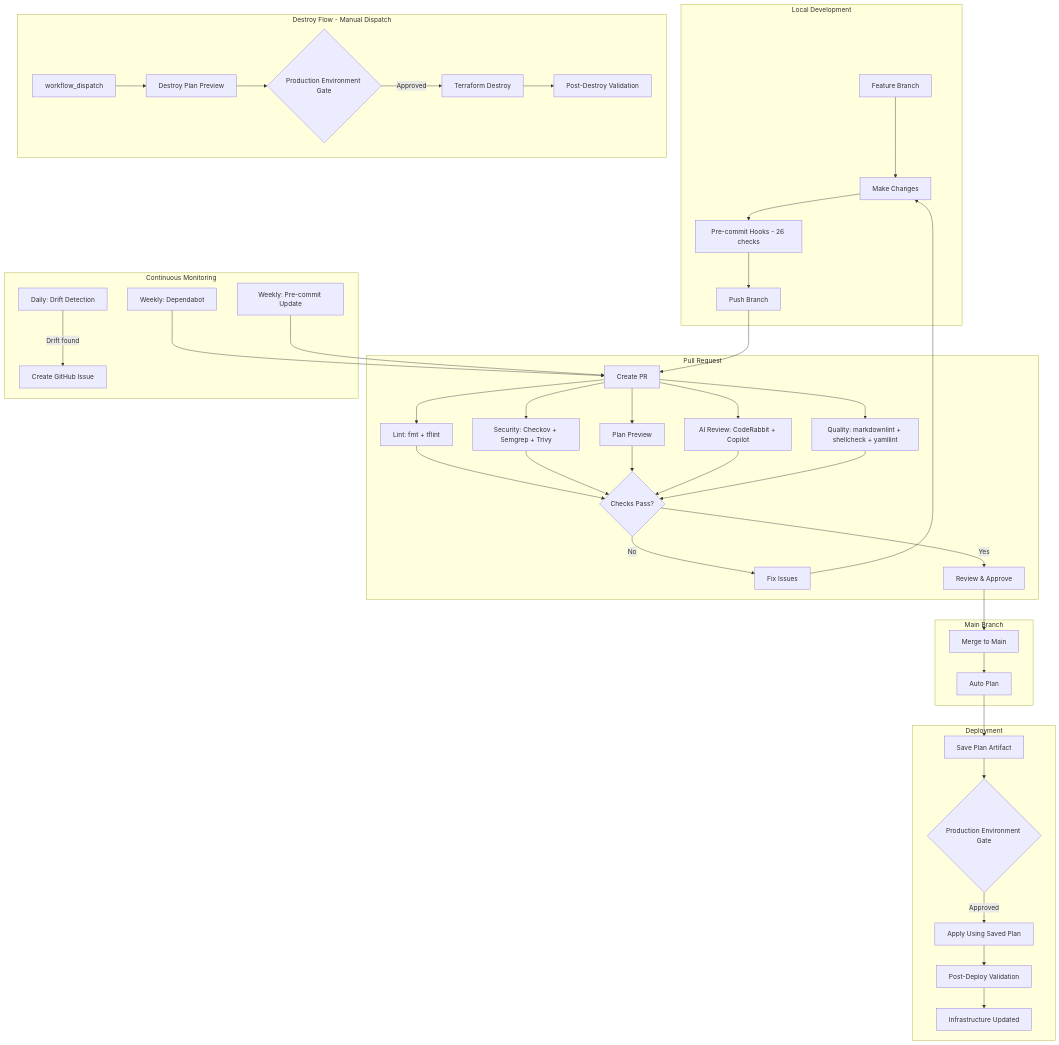
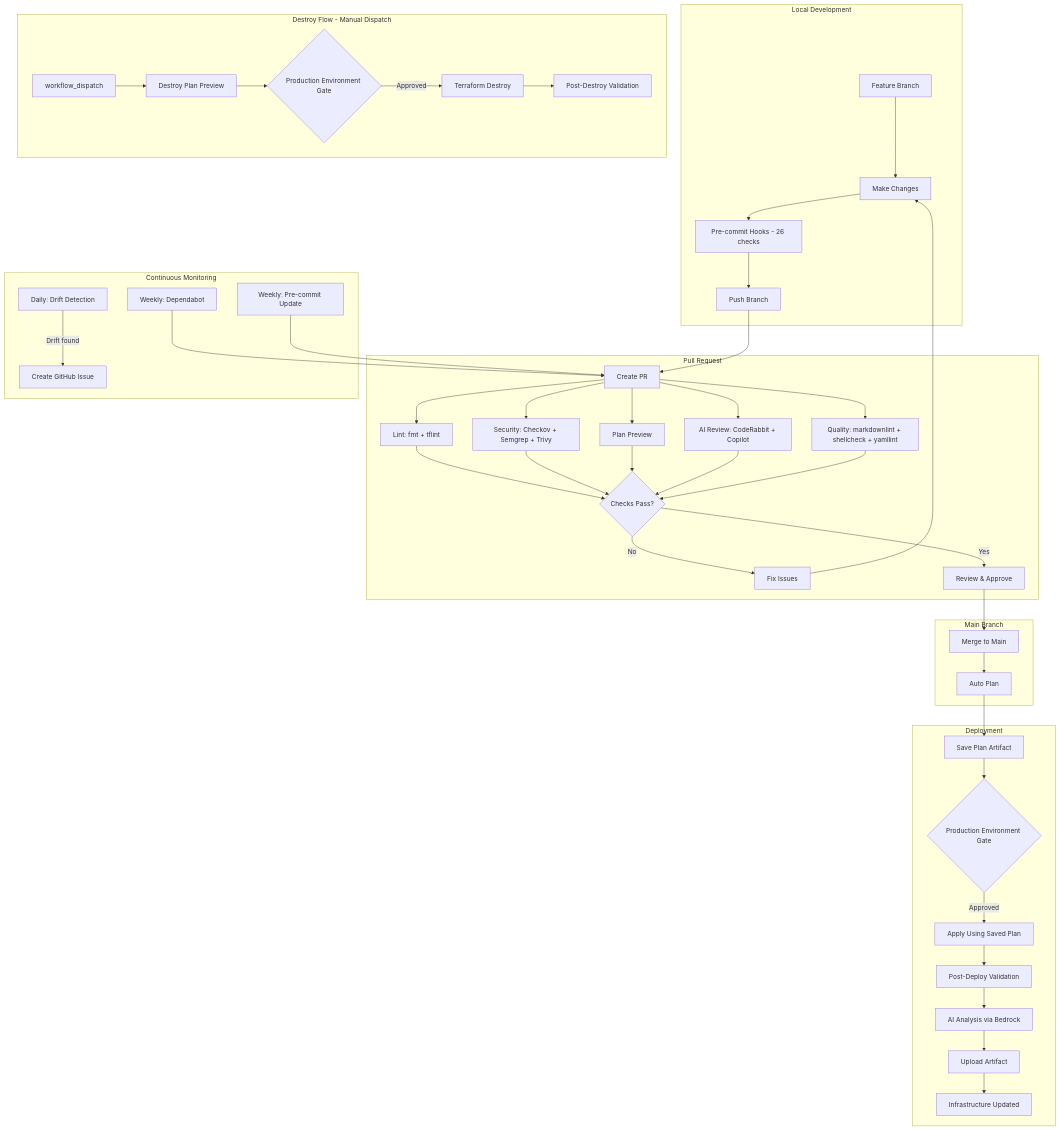
One commit to gamaware/aws-organization-governance changed the second of 6 diagrams in docs/architecture.md. Above: the diagram before and after it, drawn with Mermaid. The commit also changed other lines of this file and 1 other file, not shown here.

Commit message:
feat: convert ASCII diagrams to Mermaid and expand architecture docs (#37)

````diff
--- a/docs/architecture.md
+++ b/docs/architecture.md
@@ -138,47 +143,49 @@
 ```mermaid
 graph TB
     subgraph "Local Development"
         A[Feature Branch] --> B[Make Changes]
         B --> C[Pre-commit Hooks - 26 checks]
         C --> D[Push Branch]
     end
 
     subgraph "Pull Request"
         D --> E[Create PR]
         E --> F1[Lint: fmt + tflint]
         E --> F2[Security: Checkov + Semgrep + Trivy]
         E --> F3[Plan Preview]
         E --> F4[AI Review: CodeRabbit + Copilot]
         E --> F5[Quality: markdownlint + shellcheck + yamllint]
         F1 & F2 & F3 & F4 & F5 --> G{Checks Pass?}
         G -->|No| H[Fix Issues]
         H --> B
         G -->|Yes| I[Review & Approve]
     end
 
     subgraph "Main Branch"
         I --> J[Merge to Main]
         J --> K[Auto Plan]
     end
 
     subgraph "Deployment"
         K --> L[Save Plan Artifact]
         L --> M{Production Environment Gate}
         M -->|Approved| N[Apply Using Saved Plan]
         N --> O[Post-Deploy Validation]
-        O --> P[Infrastructure Updated]
+        O --> P[AI Analysis via Bedrock]
+        P --> Q1[Upload Artifact]
+        Q1 --> Q2[Infrastructure Updated]
     end
 
     subgraph "Destroy Flow - Manual Dispatch"
-        Q[workflow_dispatch] --> R[Destroy Plan Preview]
-        R --> S{Production Environment Gate}
-        S -->|Approved| T[Terraform Destroy]
-        T --> U[Post-Destroy Validation]
+        D1[workflow_dispatch] --> D2[Destroy Plan Preview]
+        D2 --> D3{Production Environment Gate}
+        D3 -->|Approved| D4[Terraform Destroy]
+        D4 --> D5[Post-Destroy Validation]
     end
 
     subgraph "Continuous Monitoring"
-        V[Daily: Drift Detection] -->|Drift found| W[Create GitHub Issue]
-        X[Weekly: Dependabot] --> E
-        Y[Weekly: Pre-commit Update] --> E
+        M1[Daily: Drift Detection] -->|Drift found| M2[Create GitHub Issue]
+        M3[Weekly: Dependabot] --> E
+        M4[Weekly: Pre-commit Update] --> E
     end
 ```
````
